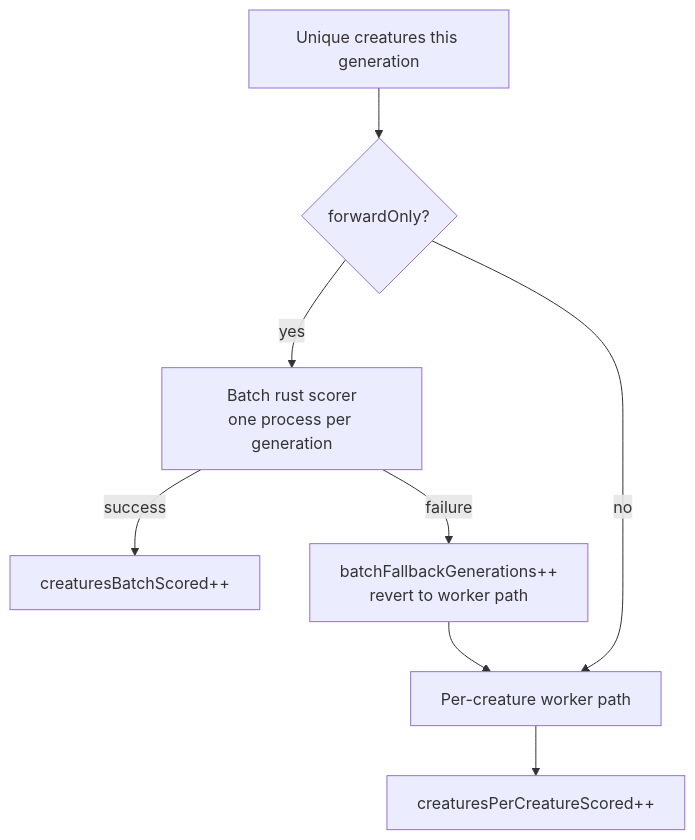
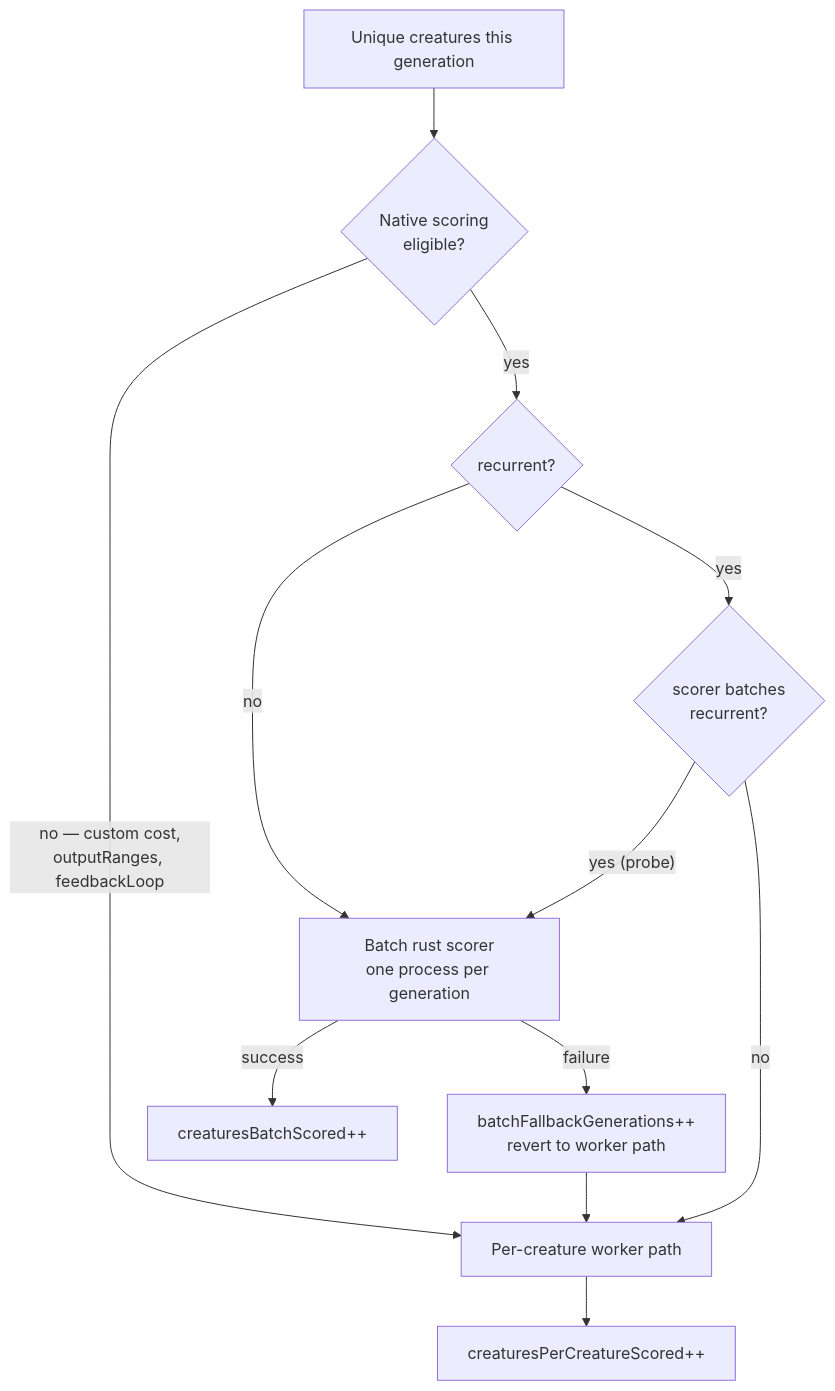
One commit to stSoftwareAU/NEAT-AI changed the fifth of 6 diagrams in docs/event-driven-evolution.md. Above: the diagram before and after it, drawn with Mermaid. The commit also changed other lines of this file and 9 other files, not shown here.

First line of the commit message:
Batch recurrent creatures in directory mode (Issue #3870)

````diff
--- a/docs/event-driven-evolution.md
+++ b/docs/event-driven-evolution.md
@@ -580,10 +587,14 @@
 ```mermaid
 flowchart TD
-    Q[Unique creatures this generation] --> P{forwardOnly?}
-    P -->|yes| B[Batch rust scorer<br/>one process per generation]
-    P -->|no| W[Per-creature worker path]
+    Q[Unique creatures this generation] --> P{Native scoring<br/>eligible?}
+    P -->|"no — custom cost,<br/>outputRanges, feedbackLoop"| W[Per-creature worker path]
+    P -->|yes| R{recurrent?}
+    R -->|no| B[Batch rust scorer<br/>one process per generation]
+    R -->|yes| C{scorer batches<br/>recurrent?}
+    C -->|"yes (probe)"| B
+    C -->|no| W
     B -->|success| BS[creaturesBatchScored++]
     B -->|failure| F[batchFallbackGenerations++<br/>revert to worker path]
     F --> W
     W --> WS[creaturesPerCreatureScored++]
 ```
````
